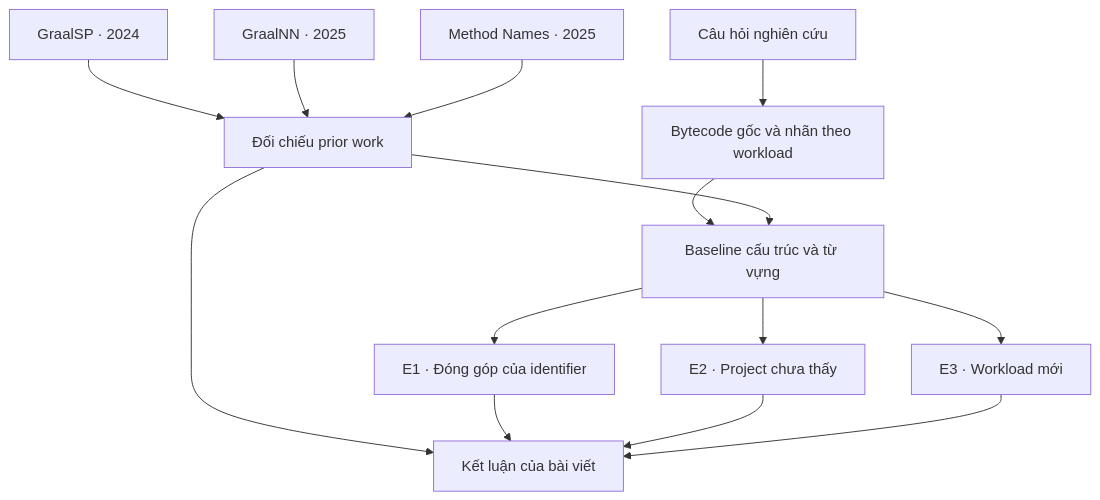
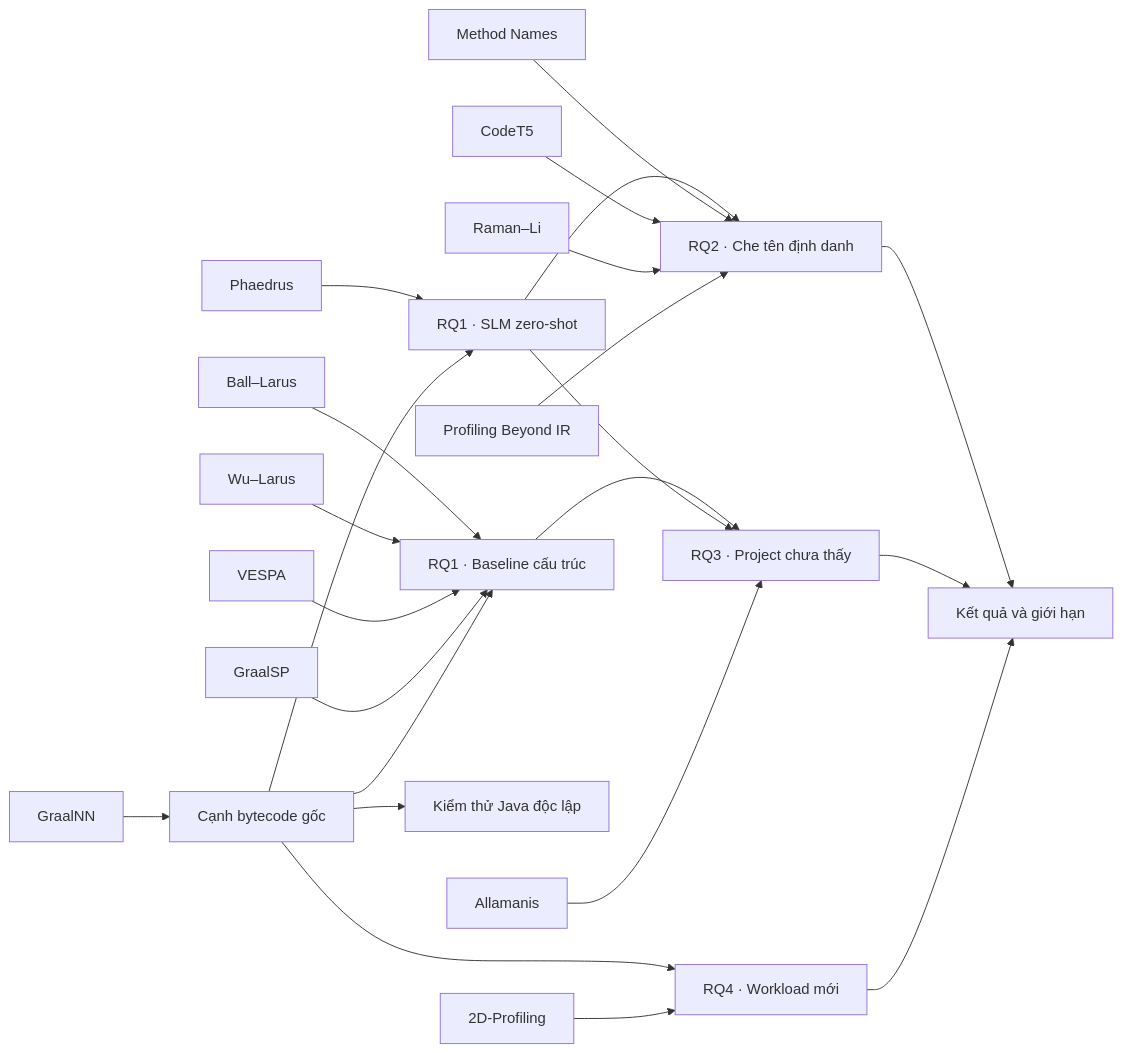
The diagram in research/literature/README.md (minggu151623/llm_profiling_research), drawn with Mermaid before and after one commit. The commit also changed other lines of this file and 14 other files, not shown here.

````diff
--- a/research/literature/README.md
+++ b/research/literature/README.md
@@ -5,16 +5,45 @@
 ```mermaid
-flowchart TD
-    graalsp["GraalSP · 2024"] --> LIT["Đối chiếu prior work"]
-    graalnn["GraalNN · 2025"] --> LIT
-    method_names["Method Names · 2025"] --> LIT
-    RQ["Câu hỏi nghiên cứu"] --> DATA["Bytecode gốc và nhãn theo workload"]
-    DATA --> BASE["Baseline cấu trúc và từ vựng"]
-    LIT --> BASE
-    BASE --> E1["E1 · Đóng góp của identifier"]
-    BASE --> E2["E2 · Project chưa thấy"]
-    BASE --> E3["E3 · Workload mới"]
-    LIT --> CLAIMS["Kết luận của bài viết"]
+flowchart LR
+    graalsp["GraalSP"]
+    graalnn["GraalNN"]
+    method_names["Method Names"]
+    ball_larus["Ball–Larus"]
+    wu_larus["Wu–Larus"]
+    vespa["VESPA"]
+    raman_li["Raman–Li"]
+    codet5["CodeT5"]
+    duplicates["Allamanis"]
+    kim_input["2D-Profiling"]
+    phaedrus["Phaedrus"]
+    SIG["Profiling Beyond IR"]
+    DATA["Cạnh bytecode gốc"]
+    JAVA["Kiểm thử Java độc lập"]
+    BASE["RQ1 · Baseline cấu trúc"]
+    SLM["RQ1 · SLM zero-shot"]
+    E1["RQ2 · Che tên định danh"]
+    E2["RQ3 · Project chưa thấy"]
+    E3["RQ4 · Workload mới"]
+    CLAIMS["Kết quả và giới hạn"]
+    graalnn --> DATA
+    DATA --> JAVA
+    ball_larus --> BASE
+    wu_larus --> BASE
+    vespa --> BASE
+    graalsp --> BASE
+    DATA --> BASE
+    phaedrus --> SLM
+    DATA --> SLM
+    SLM --> E1
+    method_names --> E1
+    codet5 --> E1
+    raman_li --> E1
+    SIG --> E1
+    BASE --> E2
+    SLM --> E2
+    duplicates --> E2
+    DATA --> E3
+    kim_input --> E3
     E1 --> CLAIMS
     E2 --> CLAIMS
     E3 --> CLAIMS
 ```
````
